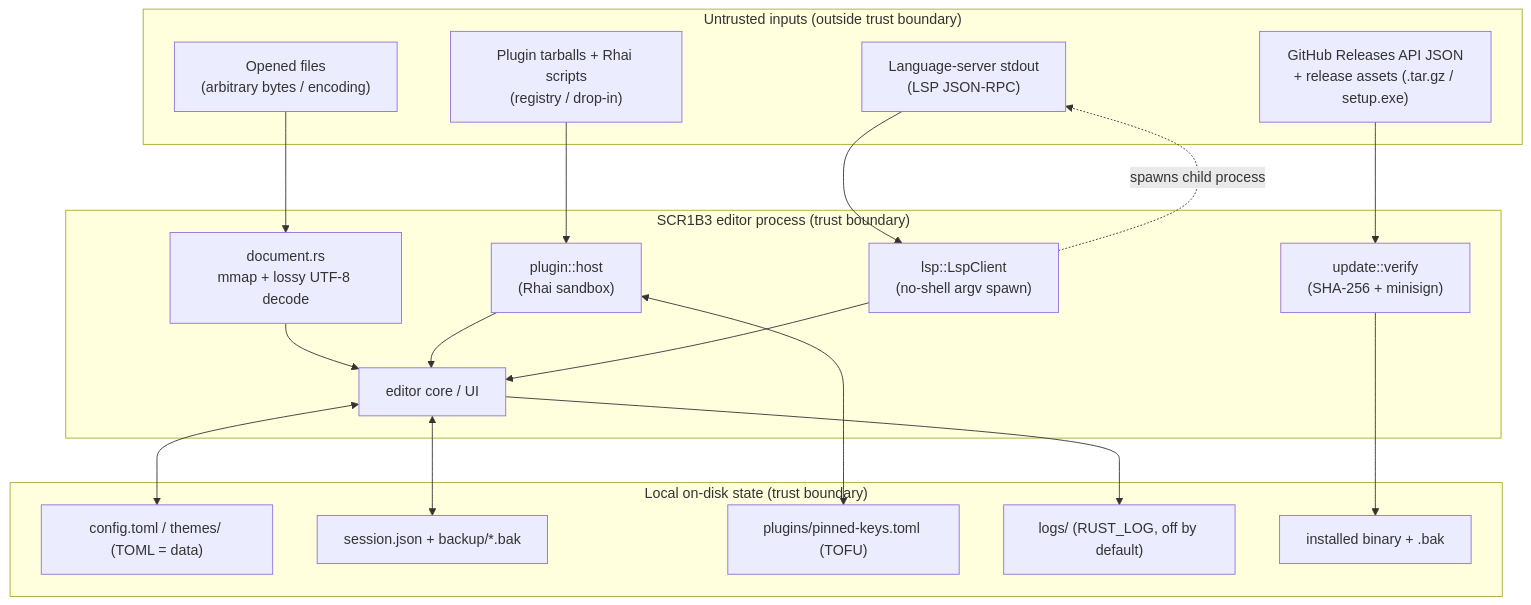
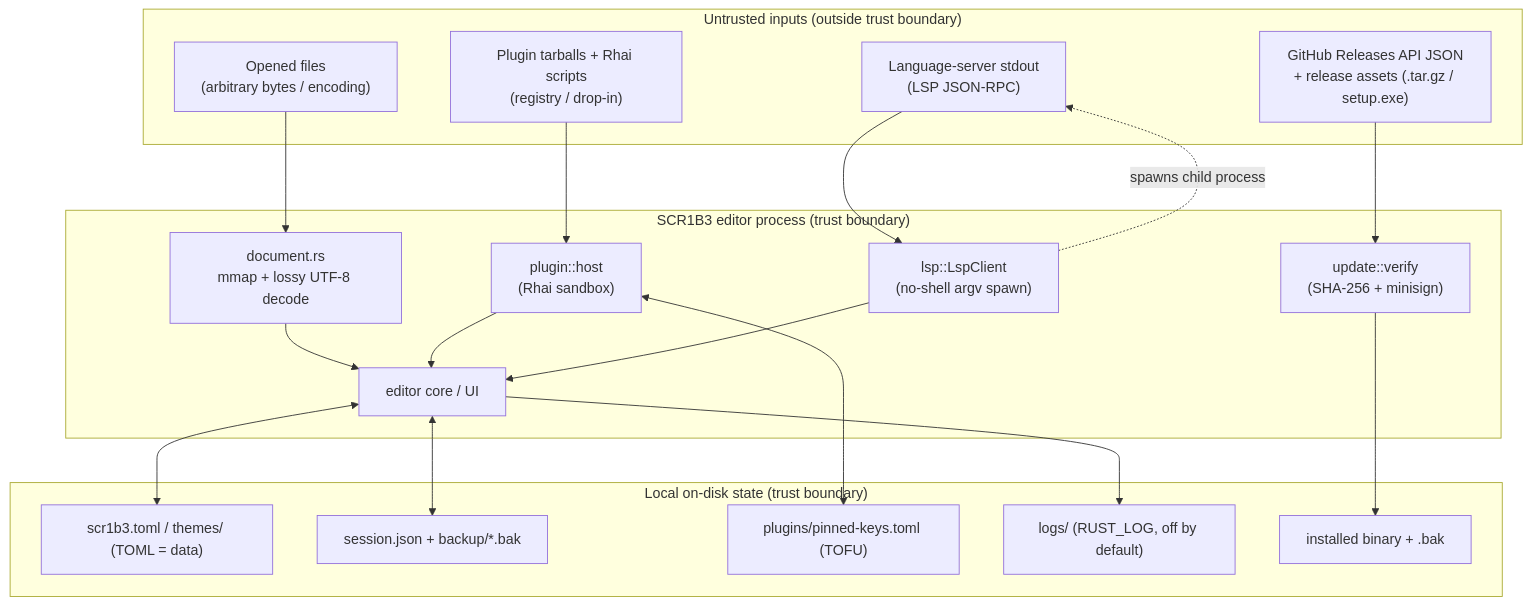
Before and after one commit to 46b-ETYKiAL/Itasha.Corp_S4F3-SCR1B3: the diagram in docs/threat-model.md, drawn with Mermaid. The commit also changed other lines of this file and 20 other files, not shown here.

````diff
--- a/docs/threat-model.md
+++ b/docs/threat-model.md
@@ -33,35 +37,35 @@
 ```mermaid
 graph TD
     subgraph Untrusted["Untrusted inputs (outside trust boundary)"]
         FILE["Opened files<br/>(arbitrary bytes / encoding)"]
         TARBALL["Plugin tarballs + Rhai scripts<br/>(registry / drop-in)"]
         GH["GitHub Releases API JSON<br/>+ release assets (.tar.gz / setup.exe)"]
         LSPOUT["Language-server stdout<br/>(LSP JSON-RPC)"]
     end
 
     subgraph Editor["SCR1B3 editor process (trust boundary)"]
         DOC["document.rs<br/>mmap + lossy UTF-8 decode"]
         PLUGIN["plugin::host<br/>(Rhai sandbox)"]
         VERIFY["update::verify<br/>(SHA-256 + minisign)"]
         LSPC["lsp::LspClient<br/>(no-shell argv spawn)"]
         CORE["editor core / UI"]
     end
 
     subgraph Disk["Local on-disk state (trust boundary)"]
-        CFG["config.toml / themes/ (TOML = data)"]
+        CFG["scr1b3.toml / themes/ (TOML = data)"]
         SESS["session.json + backup/*.bak"]
         PINS["plugins/pinned-keys.toml (TOFU)"]
         LOGS["logs/ (RUST_LOG, off by default)"]
         BIN["installed binary + .bak"]
     end
 
     FILE --> DOC --> CORE
     TARBALL --> PLUGIN --> CORE
     GH --> VERIFY --> BIN
     LSPOUT --> LSPC --> CORE
     CORE <--> CFG
     CORE <--> SESS
     PLUGIN <--> PINS
     CORE --> LOGS
     LSPC -. spawns child process .-> LSPOUT
 ```
````
